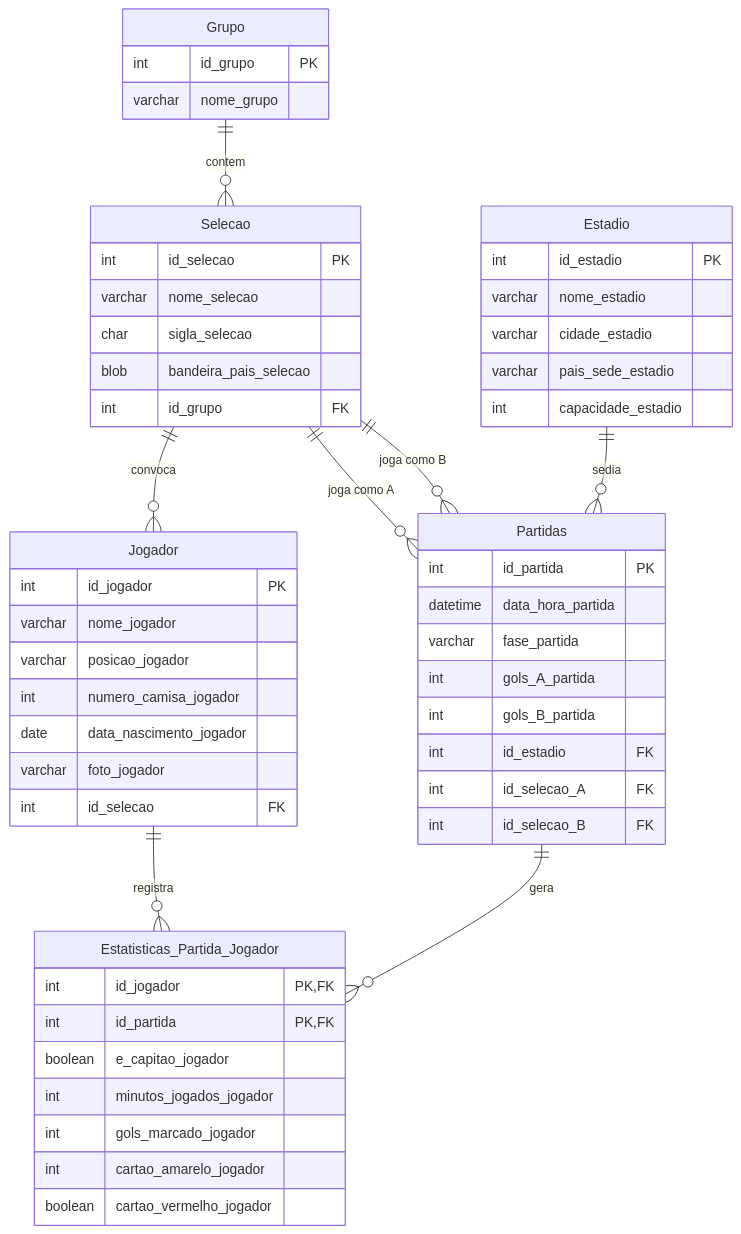
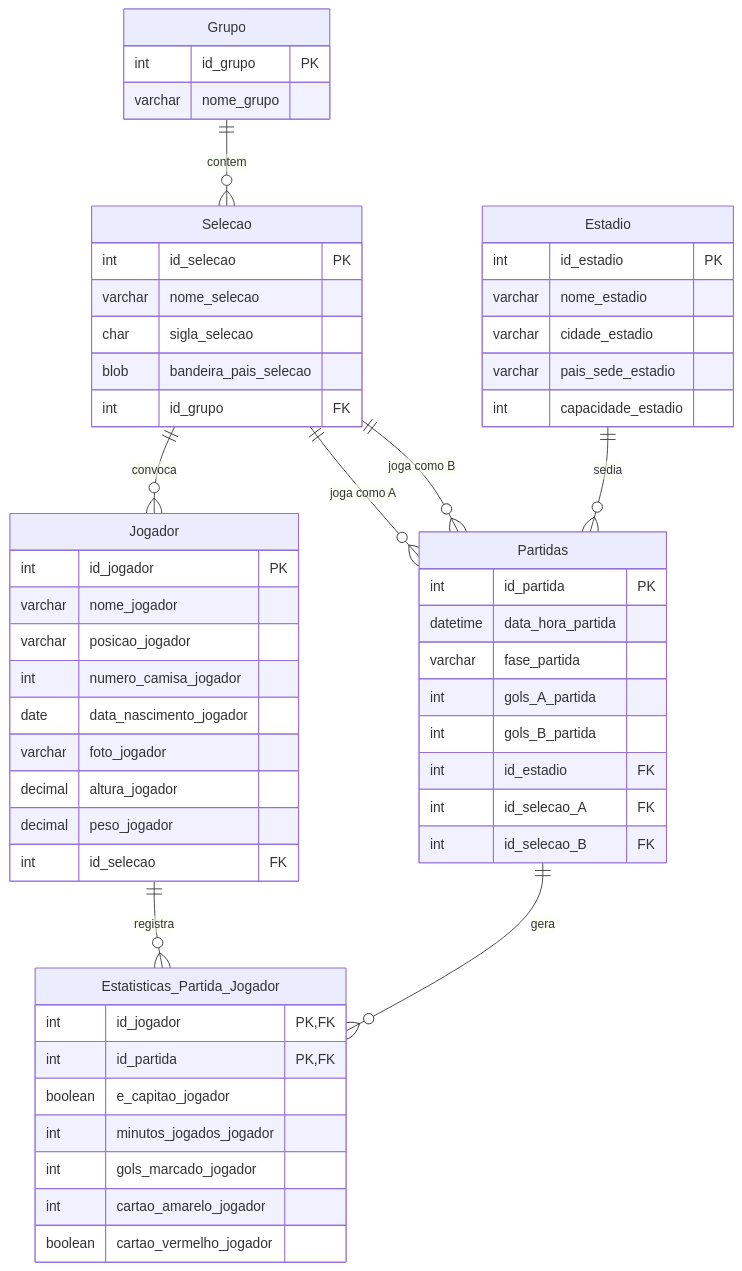
The first of 2 diagrams in README.md (Gabrielsous-life/banco-de-dados-mysql), drawn with Mermaid before and after one commit. The commit also changed other lines of this file and 5 other files, not shown here.

````diff
--- a/README.md
+++ b/README.md
@@ -24,57 +27,59 @@
 ```mermaid
 erDiagram
     Grupo ||--o{ Selecao : contem
     Selecao ||--o{ Jogador : convoca
     Estadio ||--o{ Partidas : sedia
     Selecao ||--o{ Partidas : "joga como A"
     Selecao ||--o{ Partidas : "joga como B"
     Jogador ||--o{ Estatisticas_Partida_Jogador : registra
     Partidas ||--o{ Estatisticas_Partida_Jogador : gera
 
     Grupo {
         int id_grupo PK
         varchar nome_grupo
     }
     Selecao {
         int id_selecao PK
         varchar nome_selecao
         char sigla_selecao
         blob bandeira_pais_selecao
         int id_grupo FK
     }
     Jogador {
         int id_jogador PK
         varchar nome_jogador
         varchar posicao_jogador
         int numero_camisa_jogador
         date data_nascimento_jogador
         varchar foto_jogador
+        decimal altura_jogador
+        decimal peso_jogador
         int id_selecao FK
     }
     Estadio {
         int id_estadio PK
         varchar nome_estadio
         varchar cidade_estadio
         varchar pais_sede_estadio
         int capacidade_estadio
     }
     Partidas {
         int id_partida PK
         datetime data_hora_partida
         varchar fase_partida
         int gols_A_partida
         int gols_B_partida
         int id_estadio FK
         int id_selecao_A FK
         int id_selecao_B FK
     }
     Estatisticas_Partida_Jogador {
         int id_jogador PK, FK
         int id_partida PK, FK
         boolean e_capitao_jogador
         int minutos_jogados_jogador
         int gols_marcado_jogador
         int cartao_amarelo_jogador
         boolean cartao_vermelho_jogador
     }
 ```
````
